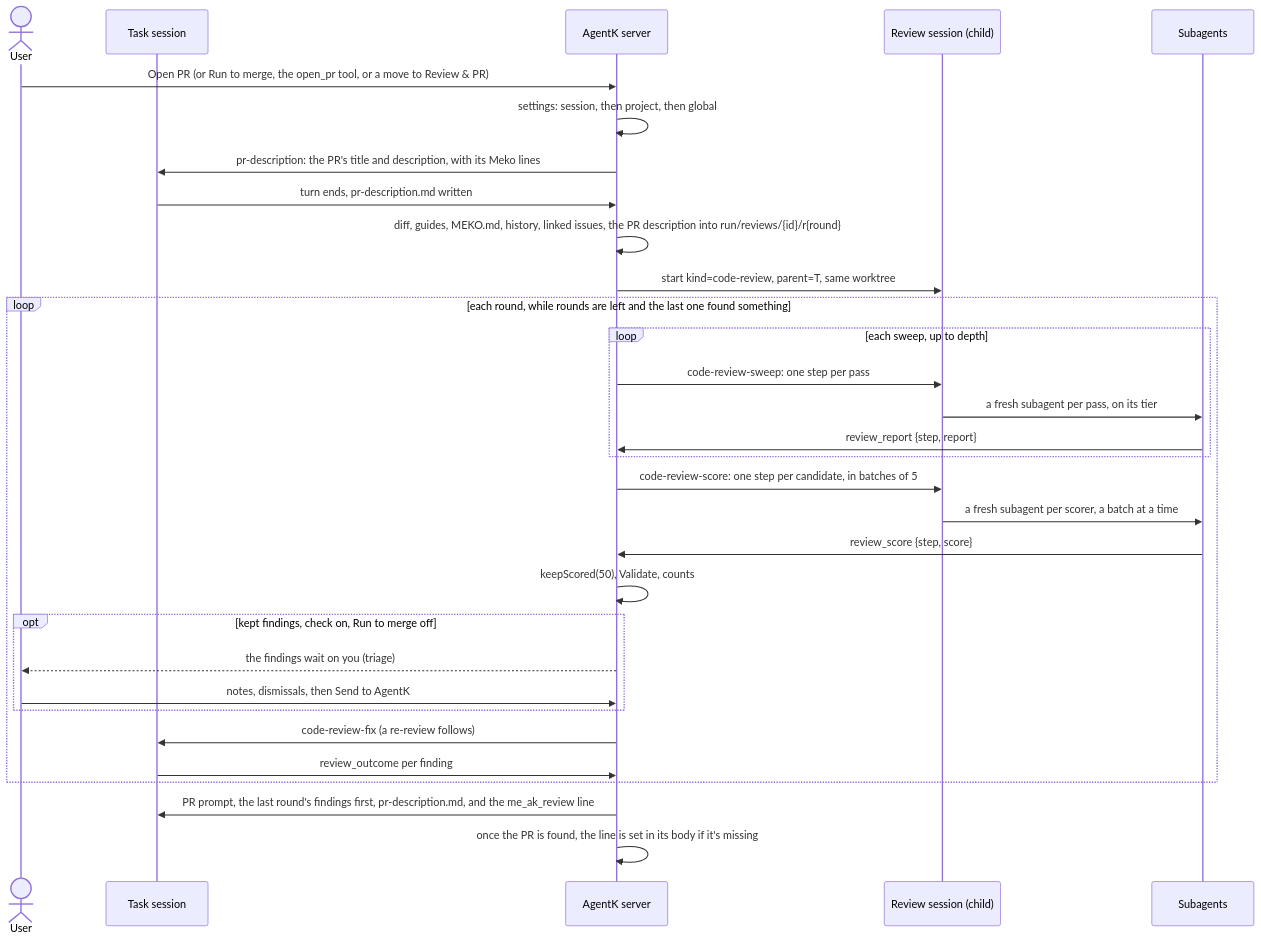
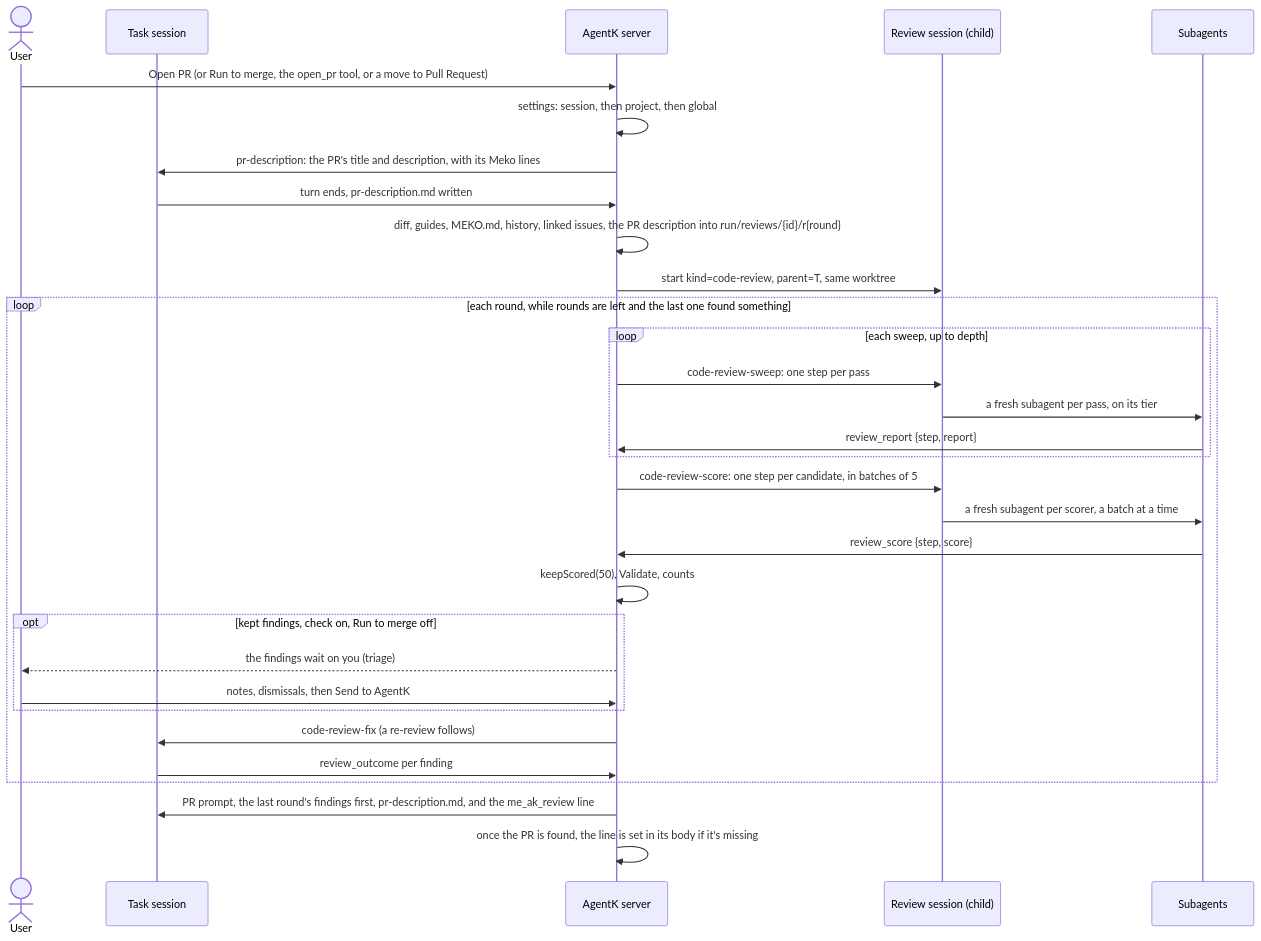
Before and after one commit to yugabyte/meko: the diagram in src/extensions/agentk/docs/design/code-review.md, drawn with Mermaid. The commit also changed other lines of this file and 51 other files, not shown here.

````diff
--- a/src/extensions/agentk/docs/design/code-review.md
+++ b/src/extensions/agentk/docs/design/code-review.md
@@ -53,33 +53,33 @@
 ```mermaid
 sequenceDiagram
   actor U as User
   participant T as Task session
   participant AK as AgentK server
   participant R as Review session (child)
   participant S as Subagents
-  U->>AK: Open PR (or Run to merge, the open_pr tool, or a move to Review & PR)
+  U->>AK: Open PR (or Run to merge, the open_pr tool, or a move to Pull Request)
   AK->>AK: settings: session, then project, then global
   AK->>T: pr-description: the PR's title and description, with its Meko lines
   T->>AK: turn ends, pr-description.md written
   AK->>AK: diff, guides, MEKO.md, history, linked issues, the PR description into run/reviews/{id}/r{round}
   AK->>R: start kind=code-review, parent=T, same worktree
   loop each round, while rounds are left and the last one found something
     loop each sweep, up to depth
       AK->>R: code-review-sweep: one step per pass
       R->>S: a fresh subagent per pass, on its tier
       S->>AK: review_report {step, report}
     end
     AK->>R: code-review-score: one step per candidate, in batches of 5
     R->>S: a fresh subagent per scorer, a batch at a time
     S->>AK: review_score {step, score}
     AK->>AK: keepScored(50), Validate, counts
     opt kept findings, check on, Run to merge off
       AK-->>U: the findings wait on you (triage)
       U->>AK: notes, dismissals, then Send to AgentK
     end
     AK->>T: code-review-fix (a re-review follows)
     T->>AK: review_outcome per finding
   end
   AK->>T: PR prompt, the last round's findings first, pr-description.md, and the me_ak_review line
   AK->>AK: once the PR is found, the line is set in its body if it's missing
 ```
````
